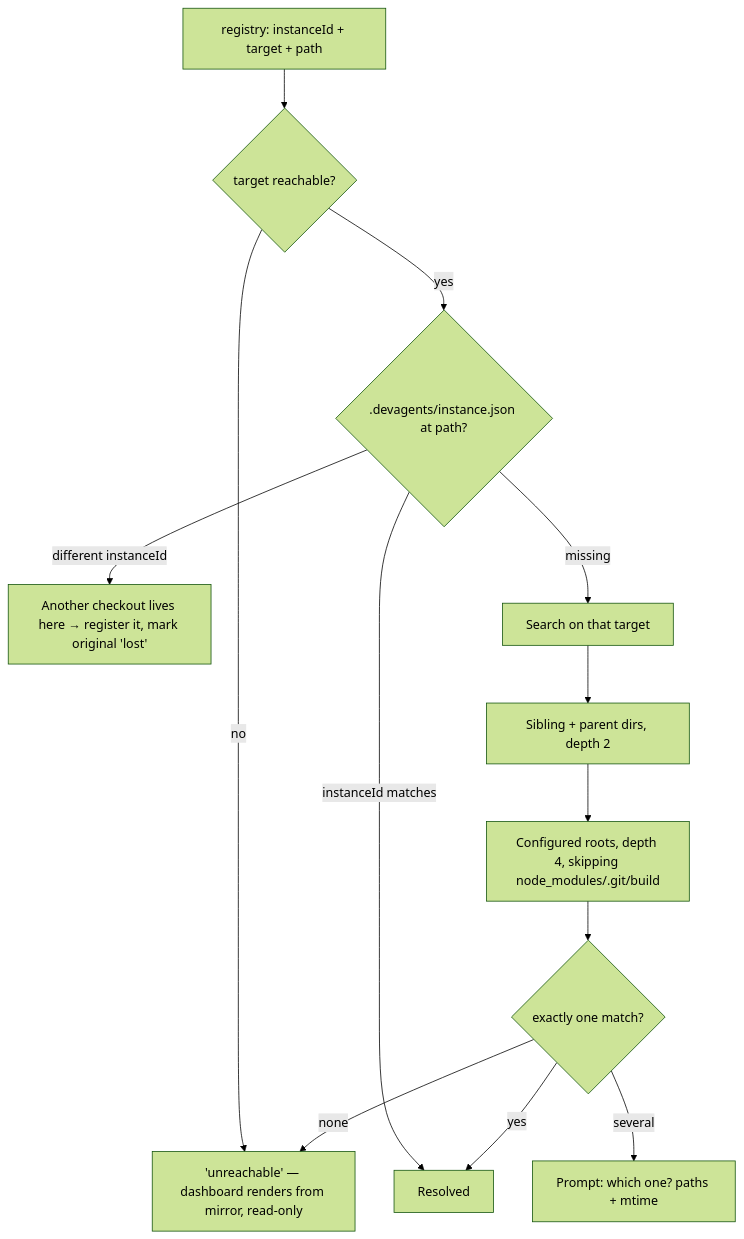
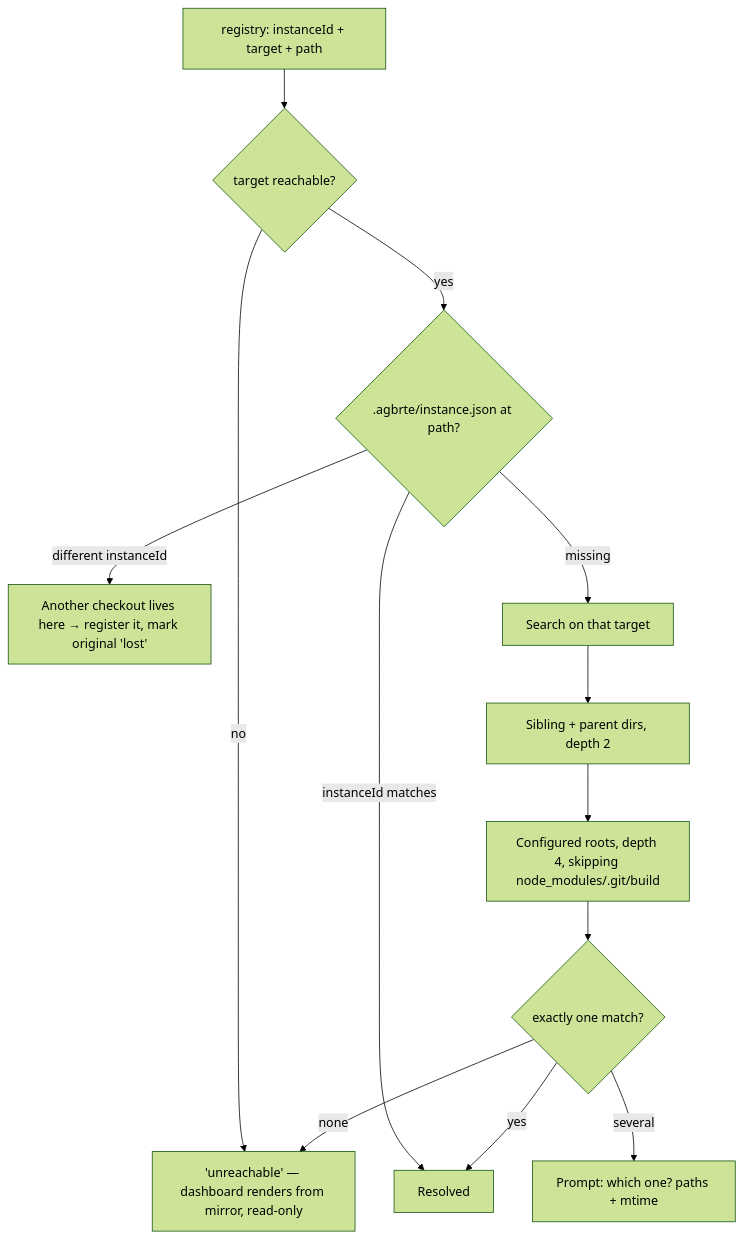
Before and after one commit to YounghyeonPark/agbrte: the second of 2 diagrams in DESIGN.md, drawn with Mermaid (forest theme). The commit also changed other lines of this file and 56 other files, not shown here.

````diff
--- a/DESIGN.md
+++ b/DESIGN.md
@@ -906,15 +911,15 @@
 ```mermaid
 flowchart TD
   A["registry: instanceId + target + path"] --> CONN{"target reachable?"}
   CONN -->|no| OFF["'unreachable' — dashboard renders from mirror, read-only"]
-  CONN -->|yes| B{".devagents/instance.json at path?"}
+  CONN -->|yes| B{".agbrte/instance.json at path?"}
   B -->|"instanceId matches"| OK[Resolved]
   B -->|"different instanceId"| FORK["Another checkout lives here → register it, mark original 'lost'"]
   B -->|missing| S[Search on that target]
   S --> S1["Sibling + parent dirs, depth 2"]
   S1 --> S2["Configured roots, depth 4, skipping node_modules/.git/build"]
   S2 --> S3{"exactly one match?"}
   S3 -->|yes| OK
   S3 -->|several| ASK["Prompt: which one? paths + mtime"]
   S3 -->|none| OFF
 ```
````
